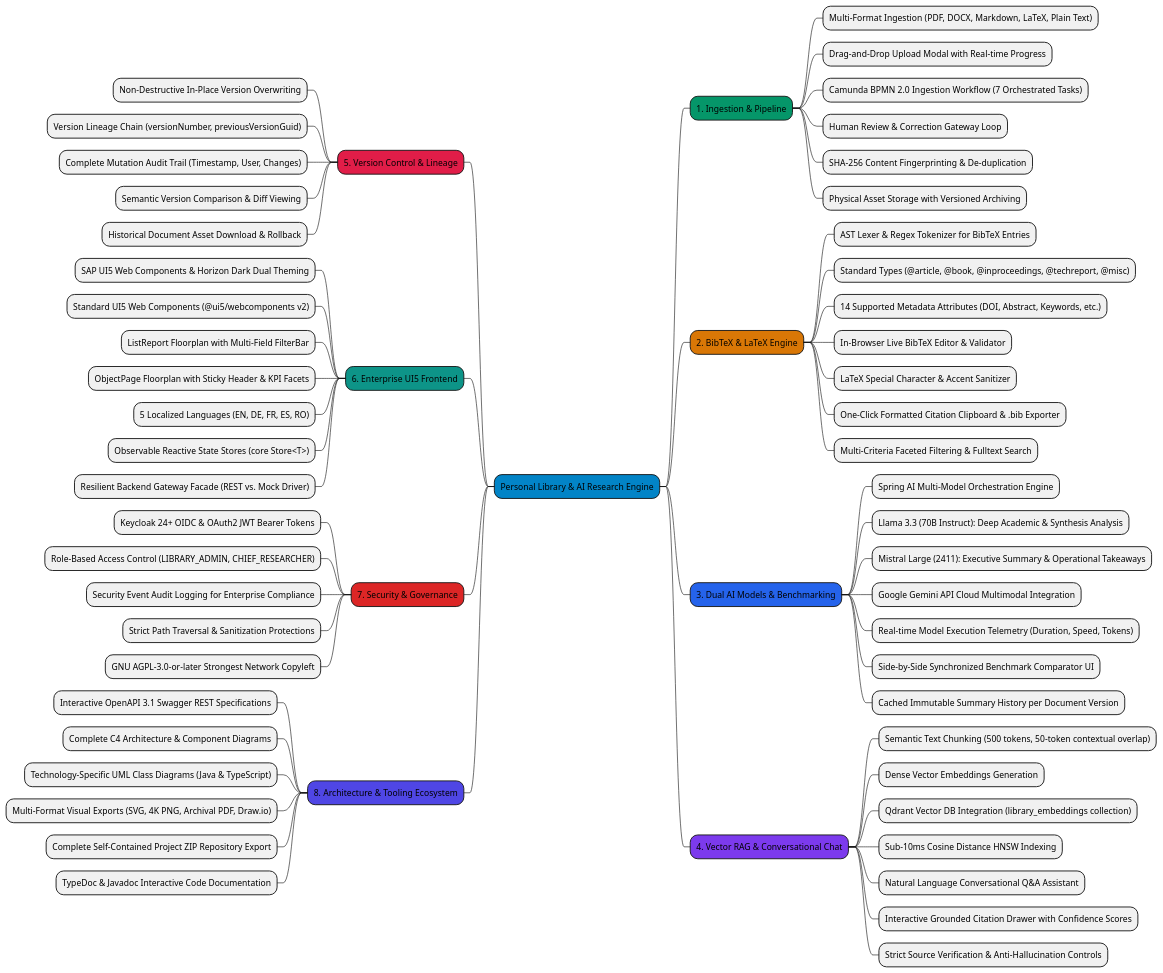
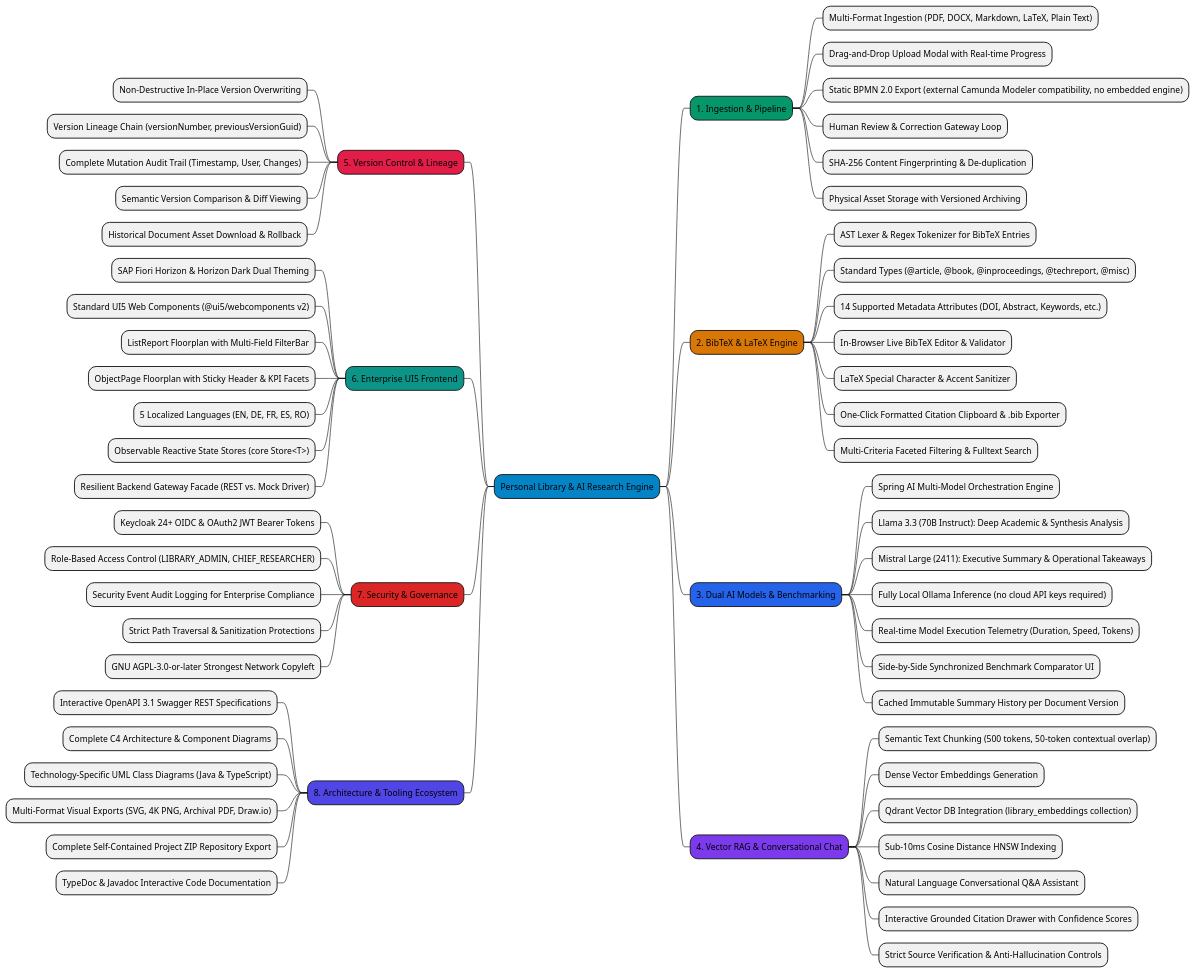
One commit to epascalau/personal-library changed the diagram in docs/diagrams/mindmap.puml. Above: the diagram before and after it, drawn with PlantUML. The commit also changed 87 other files, not shown here.

```diff
--- a/docs/diagrams/mindmap.puml
+++ b/docs/diagrams/mindmap.puml
@@ -1,72 +1,72 @@
 @startmindmap
 *[#0284c7] Personal Library & AI Research Engine
 
 **[#059669] 1. Ingestion & Pipeline
 *** Multi-Format Ingestion (PDF, DOCX, Markdown, LaTeX, Plain Text)
 *** Drag-and-Drop Upload Modal with Real-time Progress
-*** Camunda BPMN 2.0 Ingestion Workflow (7 Orchestrated Tasks)
+*** Static BPMN 2.0 Export (external Camunda Modeler compatibility, no embedded engine)
 *** Human Review & Correction Gateway Loop
 *** SHA-256 Content Fingerprinting & De-duplication
 *** Physical Asset Storage with Versioned Archiving
 
 **[#d97706] 2. BibTeX & LaTeX Engine
 *** AST Lexer & Regex Tokenizer for BibTeX Entries
 *** Standard Types (@article, @book, @inproceedings, @techreport, @misc)
 *** 14 Supported Metadata Attributes (DOI, Abstract, Keywords, etc.)
 *** In-Browser Live BibTeX Editor & Validator
 *** LaTeX Special Character & Accent Sanitizer
 *** One-Click Formatted Citation Clipboard & .bib Exporter
 *** Multi-Criteria Faceted Filtering & Fulltext Search
 
 **[#2563eb] 3. Dual AI Models & Benchmarking
 *** Spring AI Multi-Model Orchestration Engine
 *** Llama 3.3 (70B Instruct): Deep Academic & Synthesis Analysis
 *** Mistral Large (2411): Executive Summary & Operational Takeaways
-*** Google Gemini API Cloud Multimodal Integration
+*** Fully Local Ollama Inference (no cloud API keys required)
 *** Real-time Model Execution Telemetry (Duration, Speed, Tokens)
 *** Side-by-Side Synchronized Benchmark Comparator UI
 *** Cached Immutable Summary History per Document Version
 
 **[#7c3aed] 4. Vector RAG & Conversational Chat
 *** Semantic Text Chunking (500 tokens, 50-token contextual overlap)
 *** Dense Vector Embeddings Generation
 *** Qdrant Vector DB Integration (library_embeddings collection)
 *** Sub-10ms Cosine Distance HNSW Indexing
 *** Natural Language Conversational Q&A Assistant
 *** Interactive Grounded Citation Drawer with Confidence Scores
 *** Strict Source Verification & Anti-Hallucination Controls
 
 left side
 
 **[#e11d48] 5. Version Control & Lineage
 *** Non-Destructive In-Place Version Overwriting
 *** Version Lineage Chain (versionNumber, previousVersionGuid)
 *** Complete Mutation Audit Trail (Timestamp, User, Changes)
 *** Semantic Version Comparison & Diff Viewing
 *** Historical Document Asset Download & Rollback
 
 **[#0d9488] 6. Enterprise UI5 Frontend
-*** SAP UI5 Web Components & Horizon Dark Dual Theming
+*** SAP Fiori Horizon & Horizon Dark Dual Theming
 *** Standard UI5 Web Components (@ui5/webcomponents v2)
 *** ListReport Floorplan with Multi-Field FilterBar
 *** ObjectPage Floorplan with Sticky Header & KPI Facets
 *** 5 Localized Languages (EN, DE, FR, ES, RO)
 *** Observable Reactive State Stores (core Store<T>)
 *** Resilient Backend Gateway Facade (REST vs. Mock Driver)
 
 **[#dc2626] 7. Security & Governance
 *** Keycloak 24+ OIDC & OAuth2 JWT Bearer Tokens
 *** Role-Based Access Control (LIBRARY_ADMIN, CHIEF_RESEARCHER)
 *** Security Event Audit Logging for Enterprise Compliance
 *** Strict Path Traversal & Sanitization Protections
 *** GNU AGPL-3.0-or-later Strongest Network Copyleft
 
 **[#4f46e5] 8. Architecture & Tooling Ecosystem
 *** Interactive OpenAPI 3.1 Swagger REST Specifications
 *** Complete C4 Architecture & Component Diagrams
 *** Technology-Specific UML Class Diagrams (Java & TypeScript)
 *** Multi-Format Visual Exports (SVG, 4K PNG, Archival PDF, Draw.io)
 *** Complete Self-Contained Project ZIP Repository Export
 *** TypeDoc & Javadoc Interactive Code Documentation
 
 @endmindmap
```
